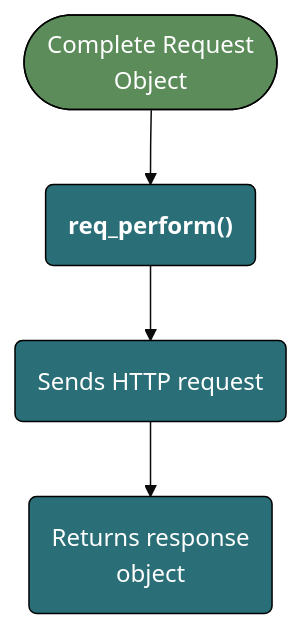
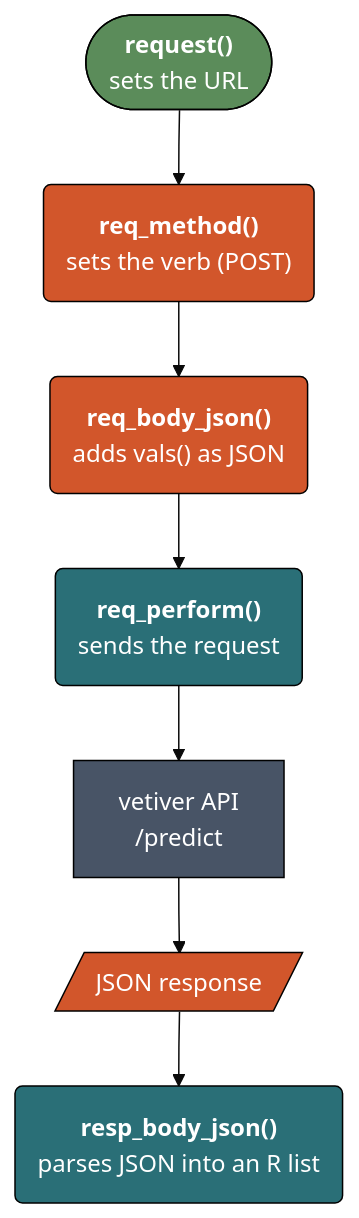
One commit to mjfrigaard/do4ds-labs changed the first of 2 diagrams in r-app-api.qmd. Above: the diagram before and after it, drawn with Mermaid. The commit also changed other lines of this file and 15 other files, not shown here.

````diff
--- a/r-app-api.qmd
+++ b/r-app-api.qmd
@@ -387,17 +325,20 @@
 ```{mermaid}
-%%| fig-cap: 'Performing the Request'
-%%| fig-width: 6.5
+%%| fig-cap: 'The httr2 Request Pipeline'
 %%| fig-align: 'center'
 %%{init: {'theme': 'base', 'look': 'classic', 'themeVariables': {'fontFamily': 'monospace'}}}%%
 
-graph TD
-	A(["Complete Request<br>Object"]) --> B("<strong>req_perform()</strong>")
-	B --> C("Sends HTTP request")
-	C --> D("Returns response<br>object")
+flowchart TD
+    A(["<strong>request()</strong><br>sets the URL"]) --> B("<strong>req_method()</strong><br>sets the verb (POST)")
+    B --> C("<strong>req_body_json()</strong><br>adds vals() as JSON")
+    C --> D("<strong>req_perform()</strong><br>sends the request")
+    D --> E["vetiver API<br>/predict"]
+    E --> F[/"JSON response"/]
+    F --> G("<strong>resp_body_json()</strong><br>parses JSON into an R list")
     style A fill:#5B8C5A,stroke:#000000,stroke-width:1px,color:#ffffff
-    style B fill:#2A6F77,stroke:#000000,stroke-width:1px,color:#ffffff
-    style C fill:#2A6F77,stroke:#000000,stroke-width:1px,color:#ffffff
+    style B fill:#D2562B,stroke:#000000,stroke-width:1px,color:#ffffff
+    style C fill:#D2562B,stroke:#000000,stroke-width:1px,color:#ffffff
     style D fill:#2A6F77,stroke:#000000,stroke-width:1px,color:#ffffff
-
-
+    style E fill:#485466,stroke:#000000,stroke-width:1px,color:#ffffff
+    style F fill:#D2562B,stroke:#000000,stroke-width:1px,color:#ffffff
+    style G fill:#2A6F77,stroke:#000000,stroke-width:1px,color:#ffffff
 ```
````
